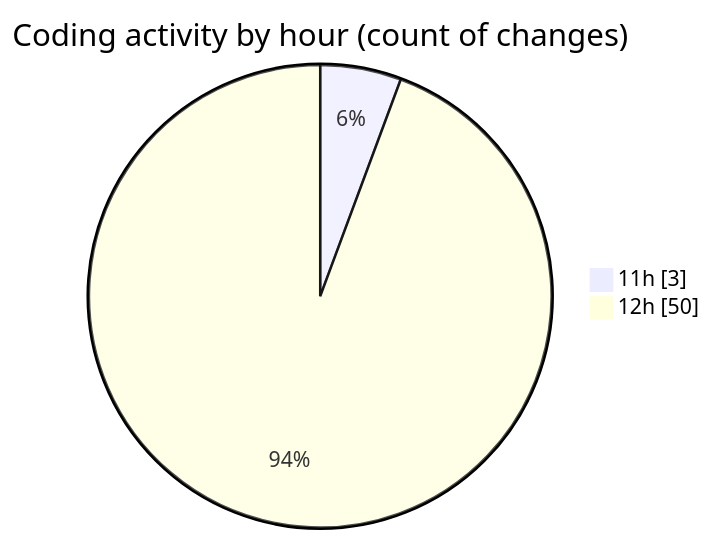
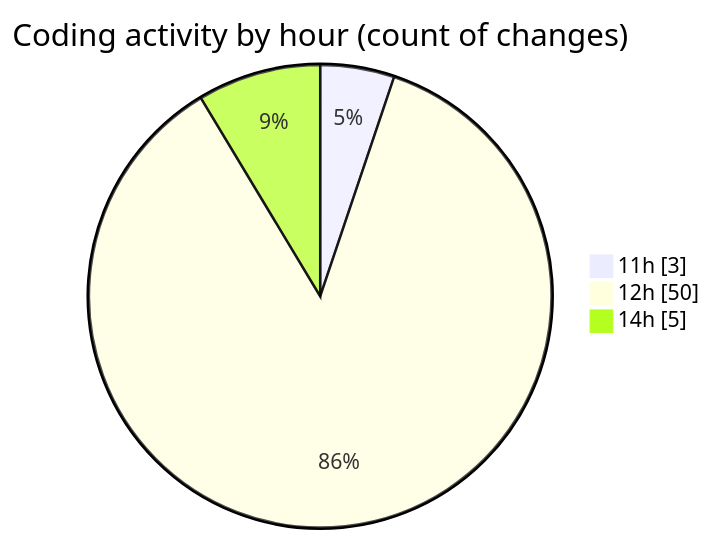
The second of 2 diagrams in 2025-11-03/nxtqube_webapp/README.md (nxtqubesakshisongat/code-tracking), drawn with Mermaid before and after one commit. The commit also changed other lines of this file and 1 other file, not shown here.

````diff
--- a/2025-11-03/nxtqube_webapp/README.md
+++ b/2025-11-03/nxtqube_webapp/README.md
@@ -37,6 +41,7 @@
 ```mermaid
 pie showData
 title Coding activity by hour (count of changes)
 "11h" : 3
 "12h" : 50
+"14h" : 5
 ```
````
